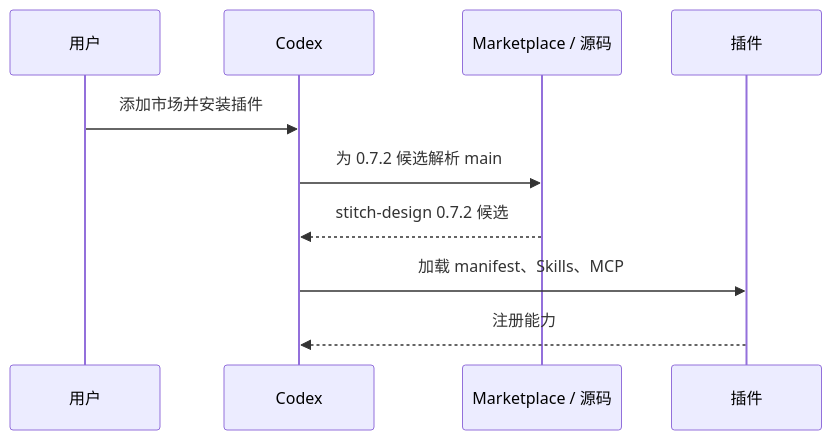
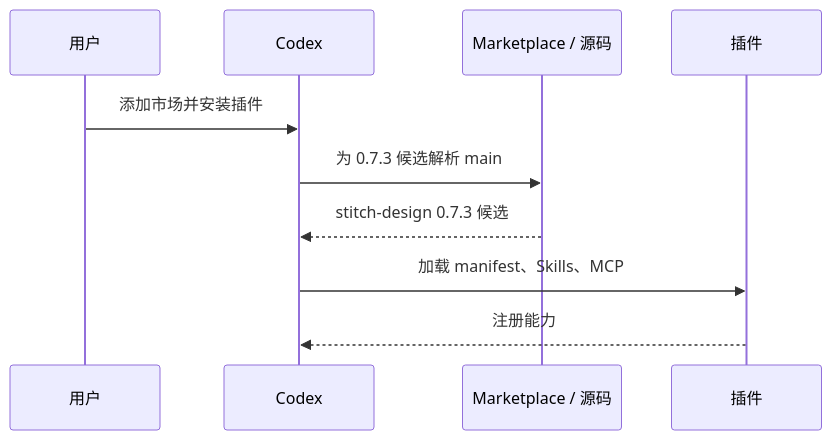
One commit to full-stack-plugins/stitch-design-plugin changed the seventh of 11 diagrams in docs/Stitch-Design-Architecture.zh_CN.md. Above: the diagram before and after it, drawn with Mermaid. The commit also changed other lines of this file and 13 other files, not shown here.

````diff
--- a/docs/Stitch-Design-Architecture.zh_CN.md
+++ b/docs/Stitch-Design-Architecture.zh_CN.md
@@ -158,12 +158,12 @@
 ```mermaid
 sequenceDiagram
     participant U as 用户
     participant C as Codex
     participant M as Marketplace / 源码
     participant P as 插件
     U->>C: 添加市场并安装插件
-    C->>M: 为 0.7.2 候选解析 main
-    M-->>C: stitch-design 0.7.2 候选
+    C->>M: 为 0.7.3 候选解析 main
+    M-->>C: stitch-design 0.7.3 候选
     C->>P: 加载 manifest、Skills、MCP
     P-->>C: 注册能力
 ```
````
